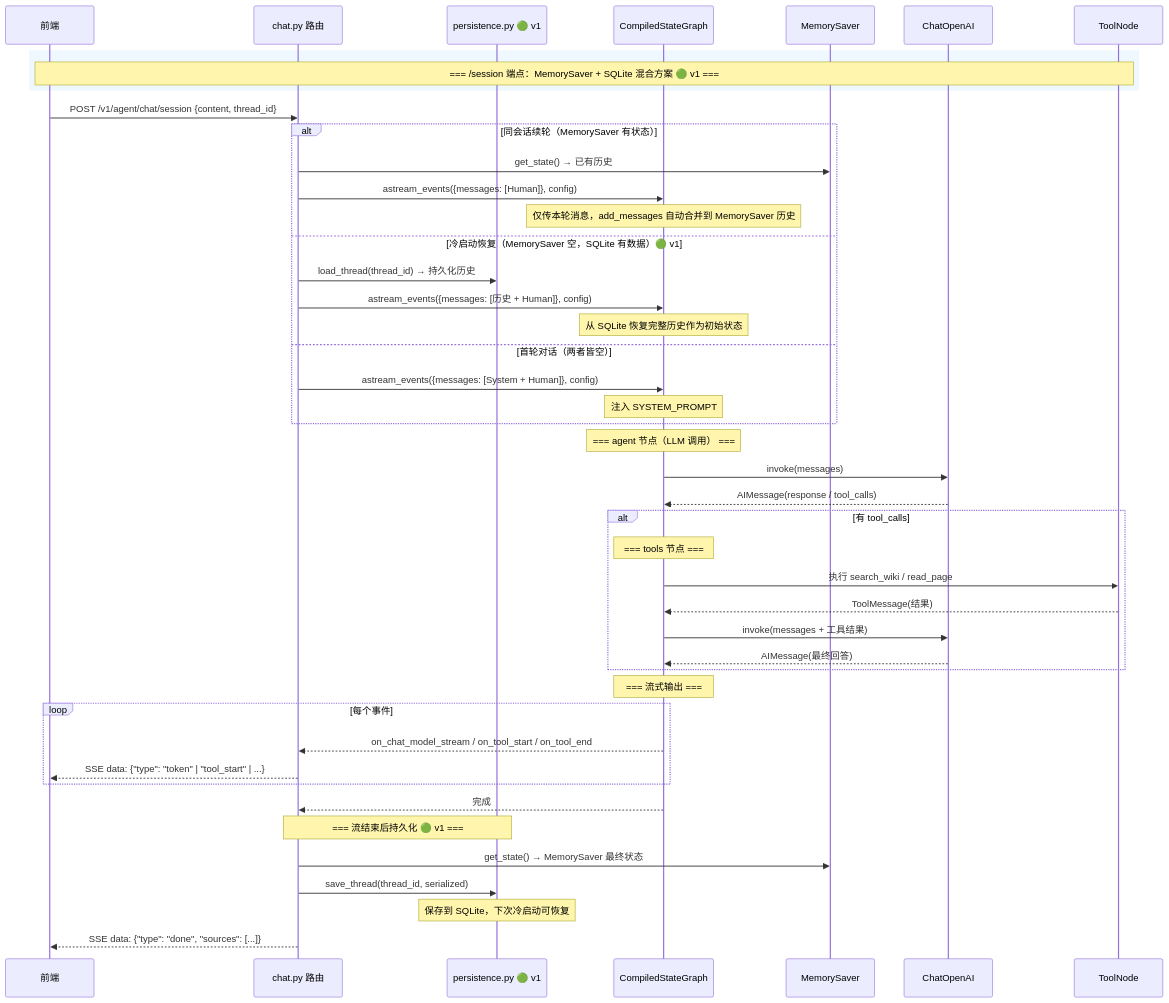
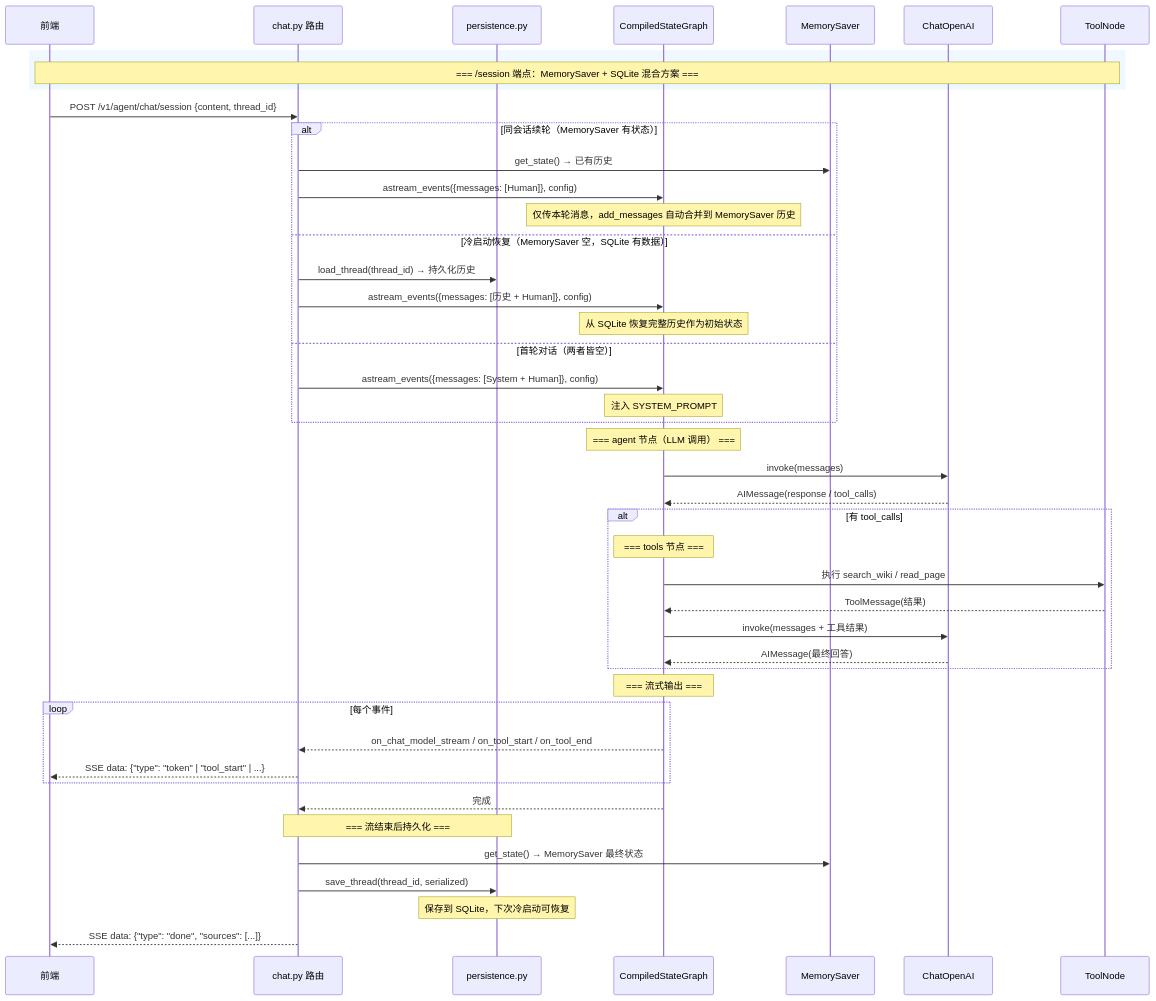
The second of 10 diagrams in docs/agent-architecture-diagrams.md (wuLa0702/llm_wiki_selfbuild), drawn with Mermaid before and after one commit. The commit also changed other lines of this file and 10 other files, not shown here.

````diff
--- a/docs/agent-architecture-diagrams.md
+++ b/docs/agent-architecture-diagrams.md
@@ -55,58 +56,58 @@
 ```mermaid
 sequenceDiagram
     participant Client as 前端
     participant Route as chat.py 路由
-    participant Persist as persistence.py 🟢 v1
+    participant Persist as persistence.py
     participant Graph as CompiledStateGraph
     participant Checkpoint as MemorySaver
     participant LLM as ChatOpenAI
     participant Tools as ToolNode
 
     rect rgb(240, 248, 255)
-        Note over Client,Tools: === /session 端点：MemorySaver + SQLite 混合方案 🟢 v1 ===
+        Note over Client,Tools: === /session 端点：MemorySaver + SQLite 混合方案  ===
     end
 
     Client->>Route: POST /v1/agent/chat/session {content, thread_id}
 
     alt 同会话续轮（MemorySaver 有状态）
         Route->>Checkpoint: get_state() → 已有历史
         Route->>Graph: astream_events({messages: [Human]}, config)
         Note over Graph: 仅传本轮消息，add_messages 自动合并到 MemorySaver 历史
 
-    else 冷启动恢复（MemorySaver 空，SQLite 有数据）🟢 v1
+    else 冷启动恢复（MemorySaver 空，SQLite 有数据）
         Route->>Persist: load_thread(thread_id) → 持久化历史
         Route->>Graph: astream_events({messages: [历史 + Human]}, config)
         Note over Graph: 从 SQLite 恢复完整历史作为初始状态
 
     else 首轮对话（两者皆空）
         Route->>Graph: astream_events({messages: [System + Human]}, config)
         Note over Graph: 注入 SYSTEM_PROMPT
     end
 
     Note over Graph: === agent 节点（LLM 调用） ===
     Graph->>LLM: invoke(messages)
     LLM-->>Graph: AIMessage(response / tool_calls)
 
     alt 有 tool_calls
         Note over Graph: === tools 节点 ===
         Graph->>Tools: 执行 search_wiki / read_page
         Tools-->>Graph: ToolMessage(结果)
         Graph->>LLM: invoke(messages + 工具结果)
         LLM-->>Graph: AIMessage(最终回答)
     end
 
     Note over Graph: === 流式输出 ===
     loop 每个事件
         Graph-->>Route: on_chat_model_stream / on_tool_start / on_tool_end
         Route-->>Client: SSE data: {"type": "token" | "tool_start" | ...}
     end
 
     Graph-->>Route: 完成
 
-    Note over Route,Persist: === 流结束后持久化 🟢 v1 ===
+    Note over Route,Persist: === 流结束后持久化  ===
     Route->>Checkpoint: get_state() → MemorySaver 最终状态
     Route->>Persist: save_thread(thread_id, serialized)
     Note over Persist: 保存到 SQLite，下次冷启动可恢复
 
     Route-->>Client: SSE data: {"type": "done", "sources": [...]}
 ```
````
